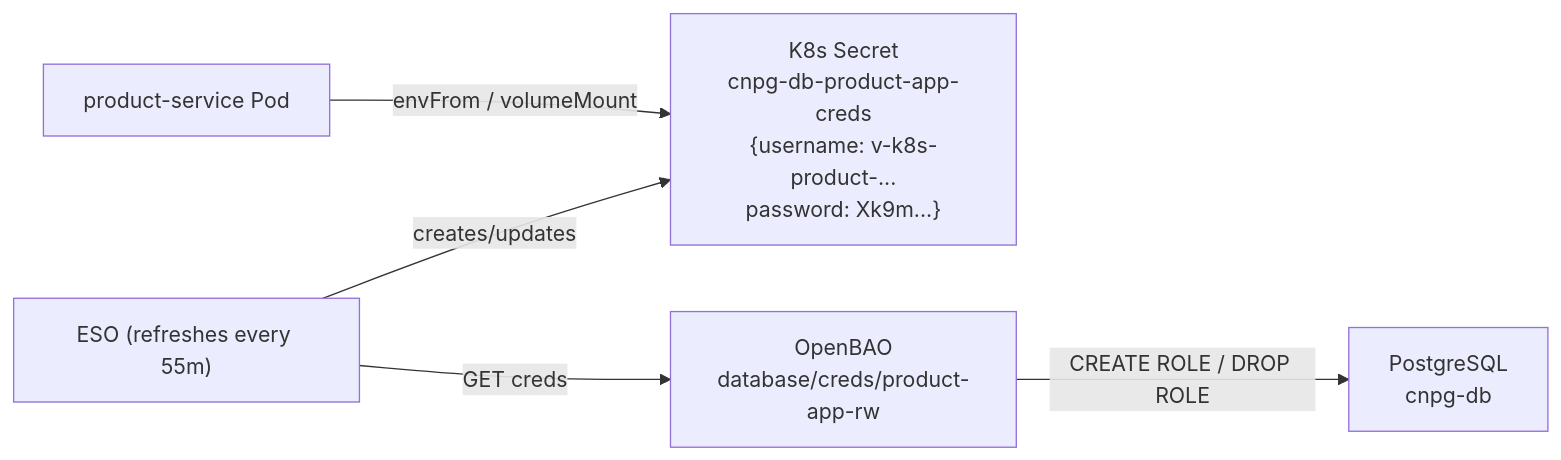
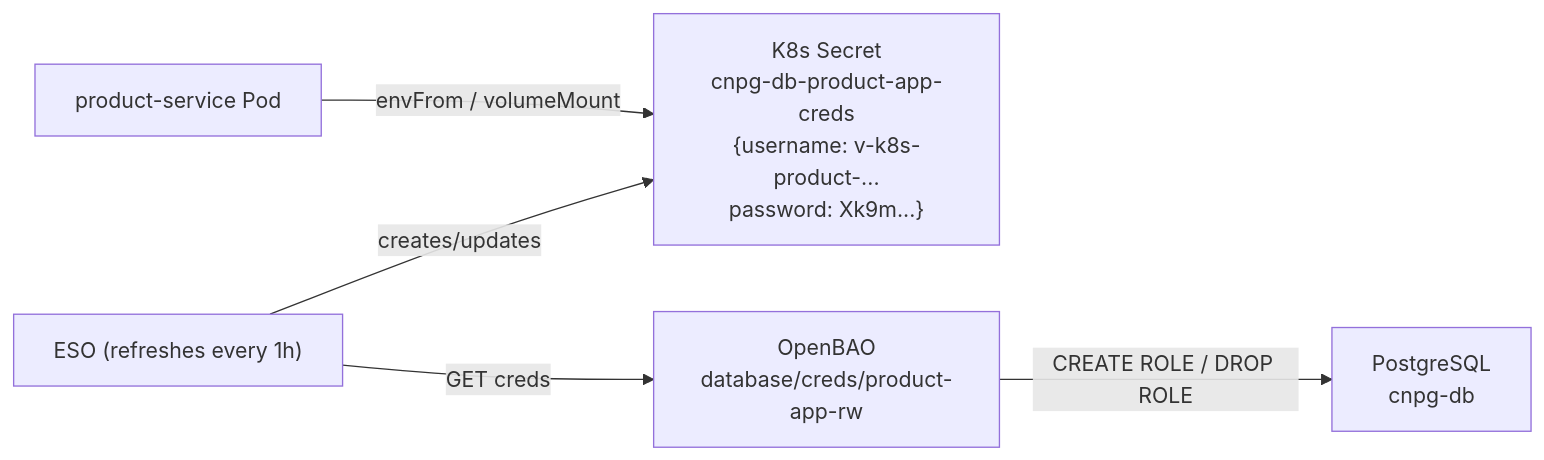
Before and after one commit to duynhlab/homelab: diagram 17 of 18 in docs/secrets/README.md, drawn with Mermaid. The commit also changed other lines of this file and 15 other files, not shown here.

````diff
--- a/docs/secrets/README.md
+++ b/docs/secrets/README.md
@@ -1172,13 +1172,13 @@
 ```mermaid
 flowchart LR
     pod["product-service Pod"]
     secret["K8s Secret\ncnpg-db-product-app-creds\n{username: v-k8s-product-...\npassword: Xk9m...}"]
-    eso2["ESO (refreshes every 55m)"]
+    eso2["ESO (refreshes every 1h)"]
     bao2["OpenBAO\ndatabase/creds/product-app-rw"]
     pg2["PostgreSQL\ncnpg-db"]
 
     pod -->|"envFrom / volumeMount"| secret
     eso2 -->|"creates/updates"| secret
     eso2 -->|"GET creds"| bao2
     bao2 -->|"CREATE ROLE / DROP ROLE"| pg2
 ```
````
